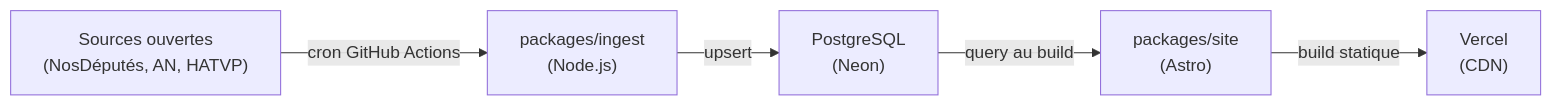
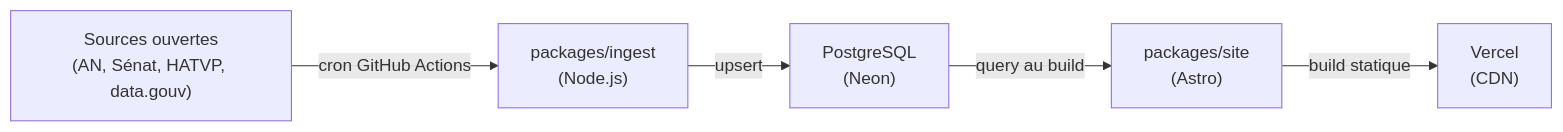
One commit to MathRobin/elupedia changed the diagram in docs/ARCHITECTURE.md. Above: the diagram before and after it, drawn with Mermaid. The commit also changed other lines of this file and 13 other files, not shown here.

````diff
--- a/docs/ARCHITECTURE.md
+++ b/docs/ARCHITECTURE.md
@@ -7,7 +7,7 @@
 ```mermaid
 flowchart LR
-    A["Sources ouvertes\n(NosDéputés, AN, HATVP)"] -->|cron GitHub Actions| B["packages/ingest\n(Node.js)"]
+    A["Sources ouvertes\n(AN, Sénat, HATVP, data.gouv)"] -->|cron GitHub Actions| B["packages/ingest\n(Node.js)"]
     B -->|upsert| C["PostgreSQL\n(Neon)"]
     C -->|query au build| D["packages/site\n(Astro)"]
     D -->|build statique| E["Vercel\n(CDN)"]
 ```
````
